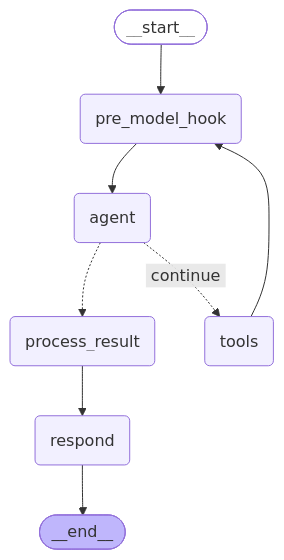
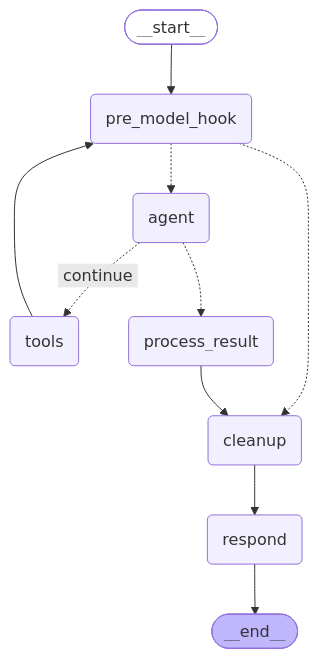
One commit to factly/gopie changed the diagram in chat-server/app/workflow/graph/graph_mermaid/visualize_data_graph.mmd. Above: the diagram before and after it, drawn with Mermaid. The commit also changed 9 other files, not shown here.

Commit message:
refactor: visualization graph to handle errors & added tool call limit

```diff
--- a/chat-server/app/workflow/graph/graph_mermaid/visualize_data_graph.mmd
+++ b/chat-server/app/workflow/graph/graph_mermaid/visualize_data_graph.mmd
@@ -1,23 +1,26 @@
 ---
 config:
   flowchart:
     curve: basis
 ---
 graph TD;
 	__start__([<p>__start__</p>]):::first
+	pre_model_hook(pre_model_hook)
 	agent(agent)
-	pre_model_hook(pre_model_hook)
+	tools(tools)
 	process_result(process_result)
+	cleanup(cleanup)
 	respond(respond)
-	tools(tools)
 	__end__([<p>__end__</p>]):::last
 	__start__ --> pre_model_hook;
 	agent -.-> process_result;
 	agent -. &nbsp;continue&nbsp; .-> tools;
-	pre_model_hook --> agent;
-	process_result --> respond;
+	cleanup --> respond;
+	pre_model_hook -.-> agent;
+	pre_model_hook -.-> cleanup;
+	process_result --> cleanup;
 	tools --> pre_model_hook;
 	respond --> __end__;
 	classDef default fill:#f2f0ff,line-height:1.2
 	classDef first fill-opacity:0
 	classDef last fill:#bfb6fc
```
